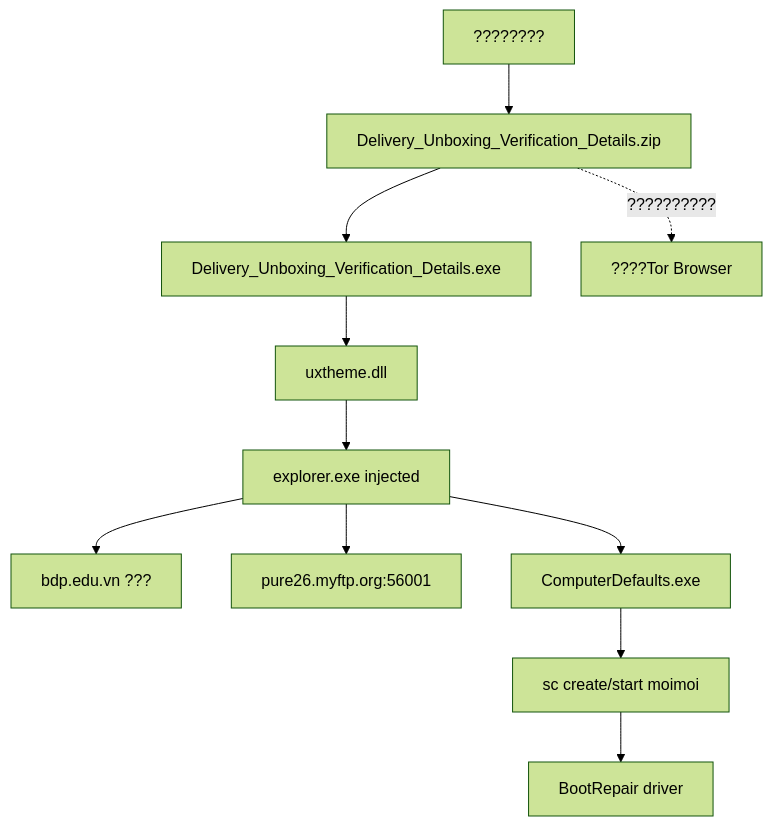
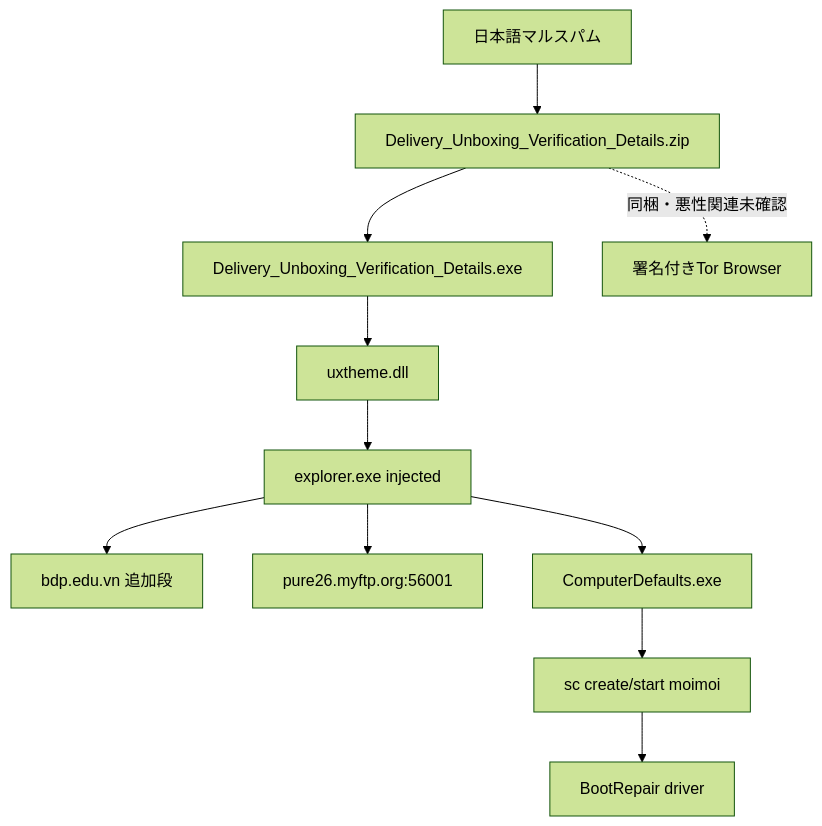
Before and after one commit to proshiba/AI-security-analysis: the second of 3 diagrams in analysis-results/malware/valleyrat/versions/unknown/cases/307594e042248ad7cc9627e8de385851bd92df452216b1b829077d3a93ac815b/OVERALL-LOGIC.md, drawn with Mermaid (forest theme). The commit also changed other lines of this file and 1747 other files, not shown here.

````diff
--- a/analysis-results/malware/valleyrat/versions/unknown/cases/307594e042248ad7cc9627e8de385851bd92df452216b1b829077d3a93ac815b/OVERALL-LOGIC.md
+++ b/analysis-results/malware/valleyrat/versions/unknown/cases/307594e042248ad7cc9627e8de385851bd92df452216b1b829077d3a93ac815b/OVERALL-LOGIC.md
@@ -21,13 +21,13 @@
 ```mermaid
 flowchart TD
-  A["????????"] --> B["Delivery_Unboxing_Verification_Details.zip"]
+  A["日本語マルスパム"] --> B["Delivery_Unboxing_Verification_Details.zip"]
   B --> C["Delivery_Unboxing_Verification_Details.exe"]
   C --> D["uxtheme.dll"]
   D --> E["explorer.exe injected"]
-  E --> F["bdp.edu.vn ???"]
+  E --> F["bdp.edu.vn 追加段"]
   E --> G["pure26.myftp.org:56001"]
   E --> H["ComputerDefaults.exe"]
   H --> I["sc create/start moimoi"]
   I --> J["BootRepair driver"]
-  B -. "??????????" .-> K["????Tor Browser"]
+  B -. "同梱・悪性関連未確認" .-> K["署名付きTor Browser"]
 ```
````
